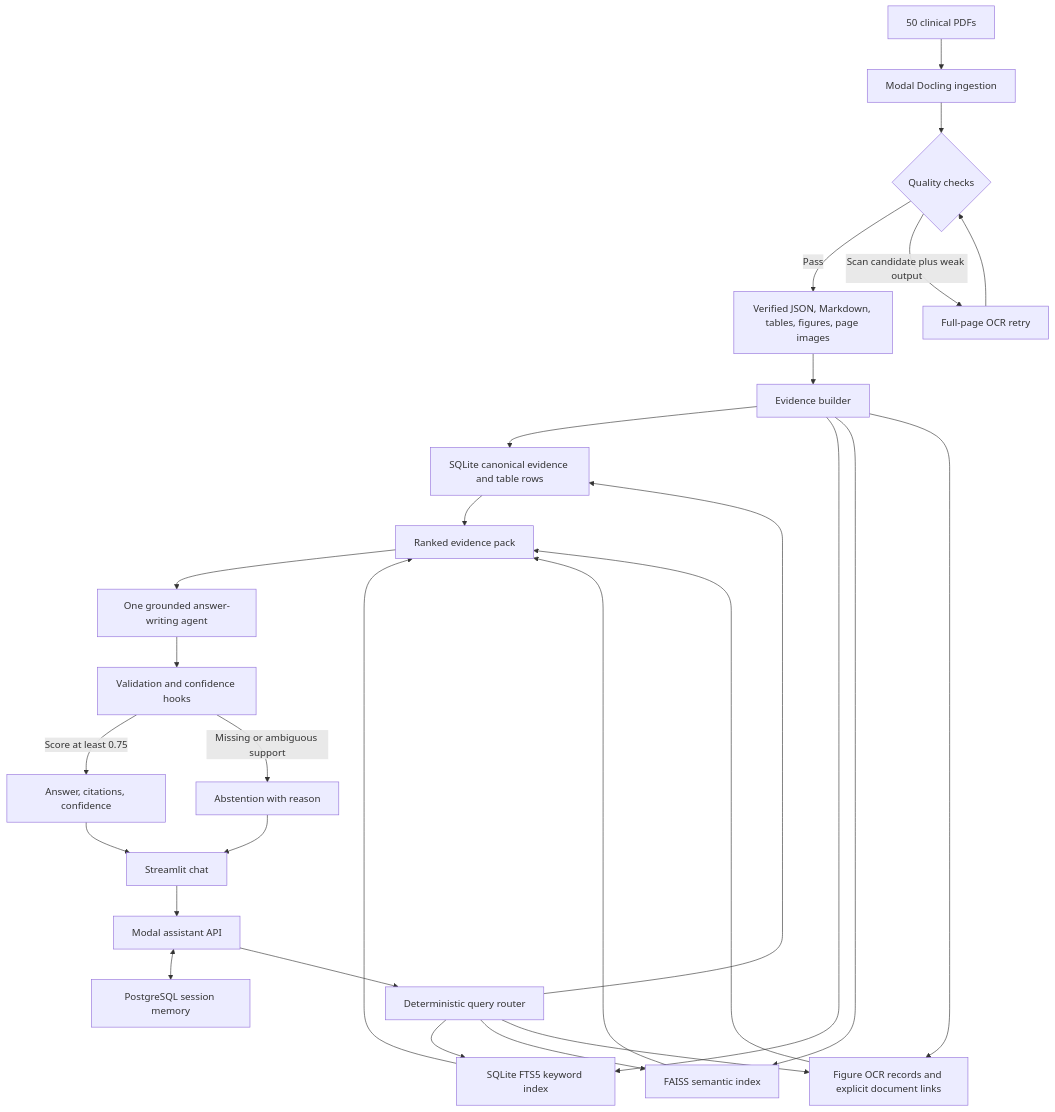
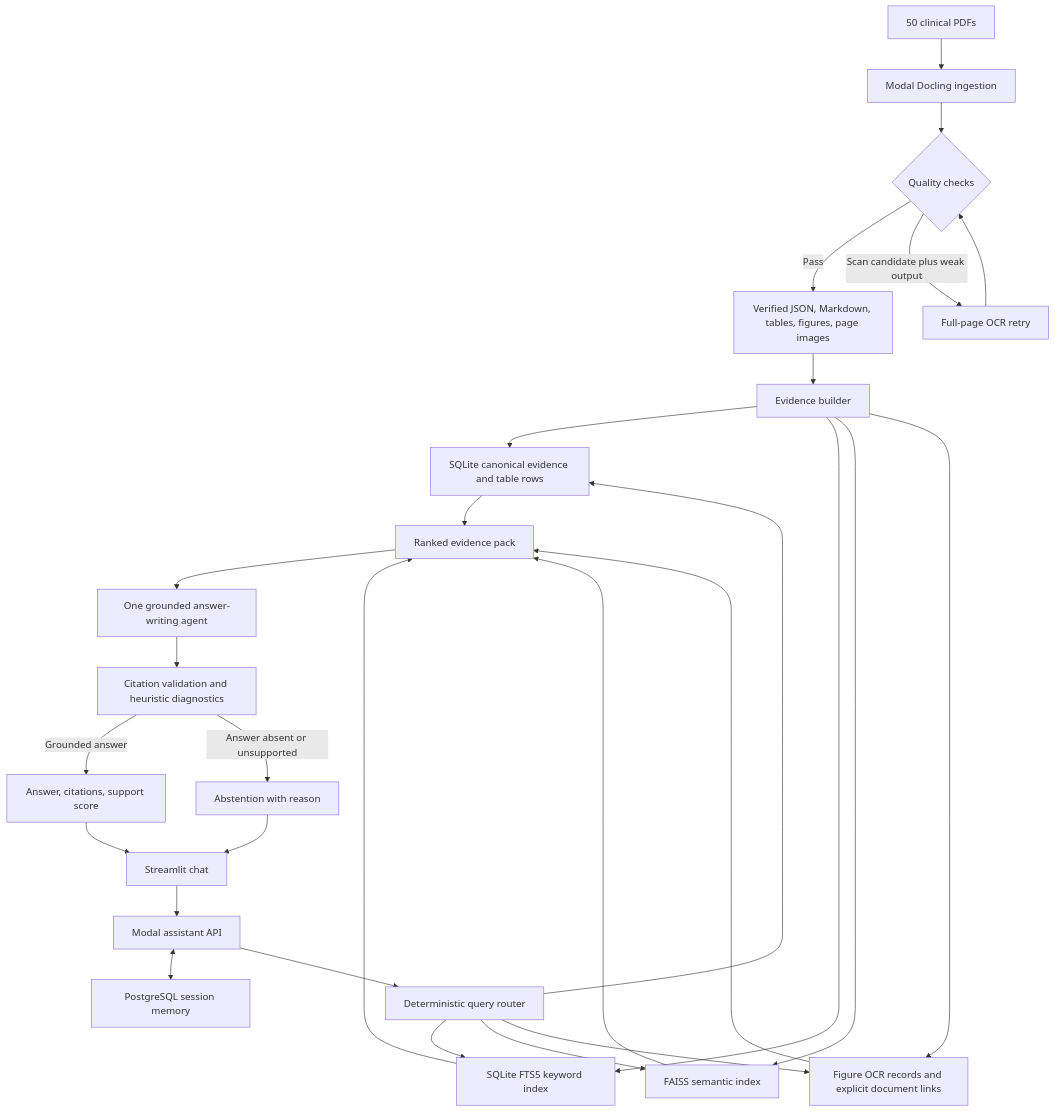
Before and after one commit to jainary4/MediAssist: the diagram in README.md, drawn with Mermaid. The commit also changed other lines of this file, not shown here.

````diff
--- a/README.md
+++ b/README.md
@@ -24,32 +24,32 @@
 ```mermaid
 flowchart TD
     A[50 clinical PDFs] --> B[Modal Docling ingestion]
     B --> C{Quality checks}
     C -->|Pass| D[Verified JSON, Markdown, tables, figures, page images]
     C -->|Scan candidate plus weak output| E[Full-page OCR retry]
     E --> C
 
     D --> F[Evidence builder]
     F --> G[SQLite canonical evidence and table rows]
     F --> H[SQLite FTS5 keyword index]
     F --> I[FAISS semantic index]
     F --> J[Figure OCR records and explicit document links]
 
     K[Streamlit chat] --> L[Modal assistant API]
     L <--> M[PostgreSQL session memory]
     L --> N[Deterministic query router]
     N --> G
     N --> H
     N --> I
     N --> J
     G --> O[Ranked evidence pack]
     H --> O
     I --> O
     J --> O
     O --> P[One grounded answer-writing agent]
-    P --> Q[Validation and confidence hooks]
-    Q -->|Score at least 0.75| R[Answer, citations, confidence]
-    Q -->|Missing or ambiguous support| S[Abstention with reason]
+    P --> Q[Citation validation and heuristic diagnostics]
+    Q -->|Grounded answer| R[Answer, citations, support score]
+    Q -->|Answer absent or unsupported| S[Abstention with reason]
     R --> K
     S --> K
 ```
````
